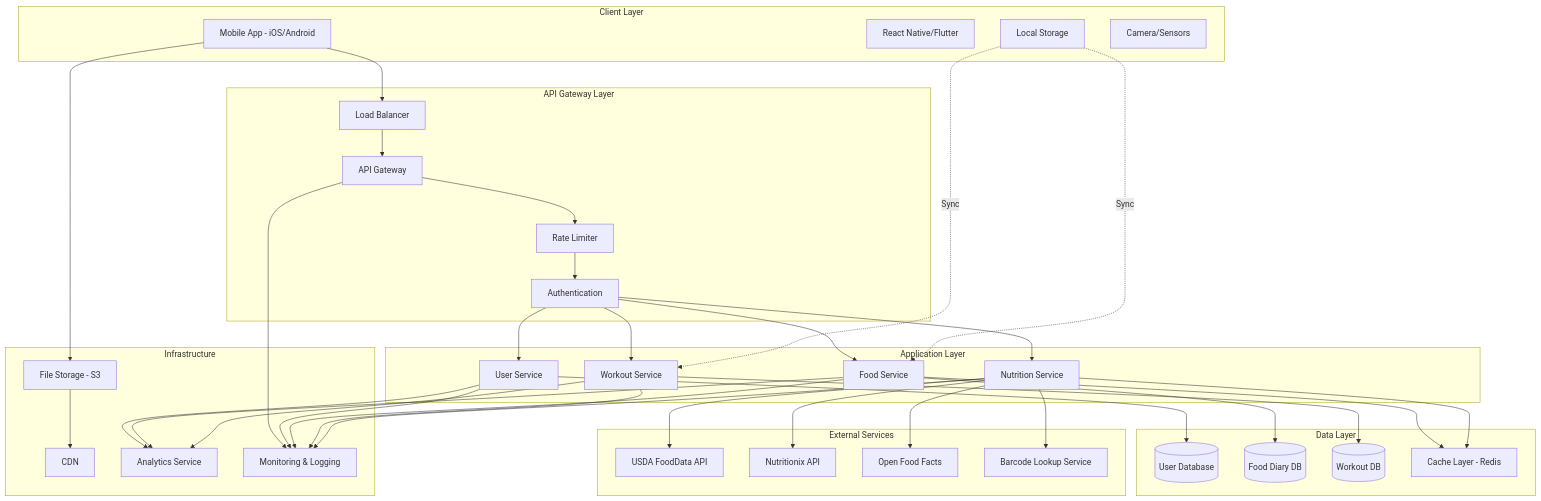
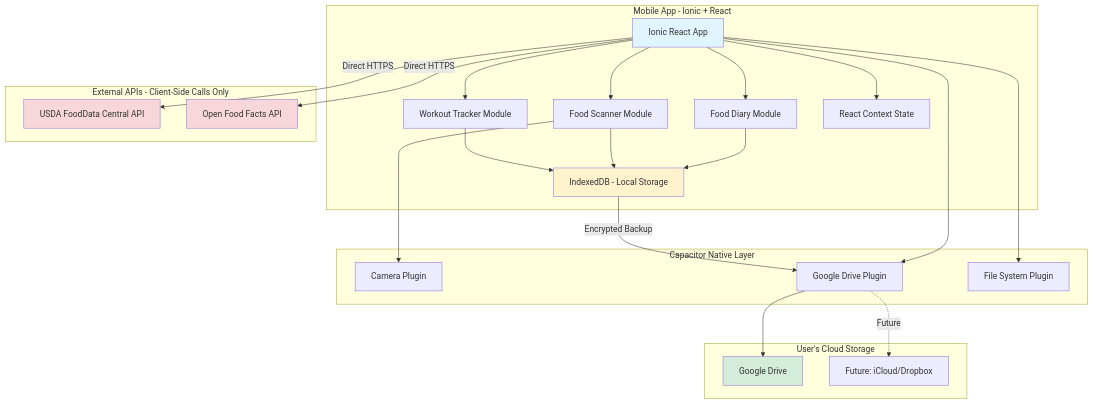
One commit to mydesignbuddy/Keyston changed the first of 9 diagrams in project/ARCHITECTURE.md. Above: the diagram before and after it, drawn with Mermaid. The commit also changed other lines of this file and 3 other files, not shown here.

Commit message:
Update architecture to privacy-first Ionic+React with no backend

````diff
--- a/project/ARCHITECTURE.md
+++ b/project/ARCHITECTURE.md
@@ -39,81 +40,52 @@
 ```mermaid
 graph TB
-    subgraph "Client Layer"
-        A[Mobile App - iOS/Android]
-        A1[React Native/Flutter]
-        A2[Local Storage]
-        A3[Camera/Sensors]
+    subgraph "Mobile App - Ionic + React"
+        A[Ionic React App]
+        A1[Food Diary Module]
+        A2[Food Scanner Module]
+        A3[Workout Tracker Module]
+        A4[IndexedDB - Local Storage]
+        A5[React Context State]
     end
     
-    subgraph "API Gateway Layer"
-        B[API Gateway]
-        B1[Load Balancer]
-        B2[Rate Limiter]
-        B3[Authentication]
+    subgraph "Capacitor Native Layer"
+        B[Camera Plugin]
+        C[Google Drive Plugin]
+        D[File System Plugin]
     end
     
-    subgraph "Application Layer"
-        C[User Service]
-        D[Food Service]
-        E[Workout Service]
-        F[Nutrition Service]
+    subgraph "External APIs - Client-Side Calls Only"
+        E[USDA FoodData Central API]
+        F[Open Food Facts API]
     end
     
-    subgraph "Data Layer"
-        G[(User Database)]
-        H[(Food Diary DB)]
-        I[(Workout DB)]
-        J[Cache Layer - Redis]
+    subgraph "User's Cloud Storage"
+        G[Google Drive]
+        H[Future: iCloud/Dropbox]
     end
     
-    subgraph "External Services"
-        K[USDA FoodData API]
-        L[Nutritionix API]
-        M[Open Food Facts]
-        N[Barcode Lookup Service]
-    end
+    A --> A1
+    A --> A2
+    A --> A3
+    A1 --> A4
+    A2 --> A4
+    A3 --> A4
+    A --> A5
     
-    subgraph "Infrastructure"
-        O[File Storage - S3]
-        P[CDN]
-        Q[Analytics Service]
-        R[Monitoring & Logging]
-    end
+    A2 --> B
+    A --> C
+    A --> D
     
-    A --> B1
-    B1 --> B
-    B --> B2
-    B2 --> B3
-    B3 --> C
-    B3 --> D
-    B3 --> E
-    B3 --> F
+    A -->|Direct HTTPS| E
+    A -->|Direct HTTPS| F
     
+    A4 -->|Encrypted Backup| C
     C --> G
-    D --> H
-    E --> I
+    C -.Future.-> H
     
-    D --> J
-    F --> J
-    
-    F --> K
-    F --> L
-    F --> M
-    F --> N
-    
-    A --> O
-    O --> P
-    
-    C --> Q
-    D --> Q
-    E --> Q
-    
-    B --> R
-    C --> R
-    D --> R
-    E --> R
-    F --> R
-    
-    A2 -.Sync.-> D
-    A2 -.Sync.-> E
+    style A fill:#e1f5ff
+    style A4 fill:#fff3cd
+    style G fill:#d4edda
+    style E fill:#f8d7da
+    style F fill:#f8d7da
 ```
````
